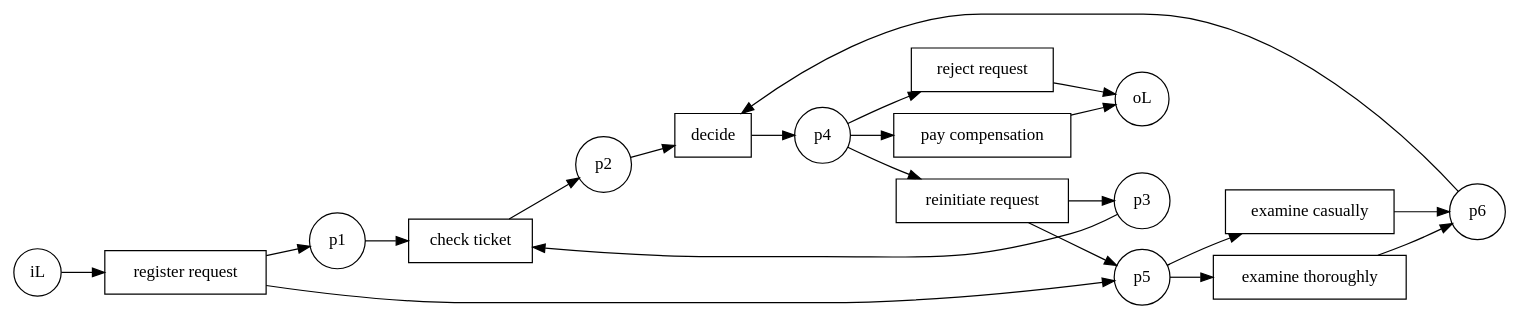
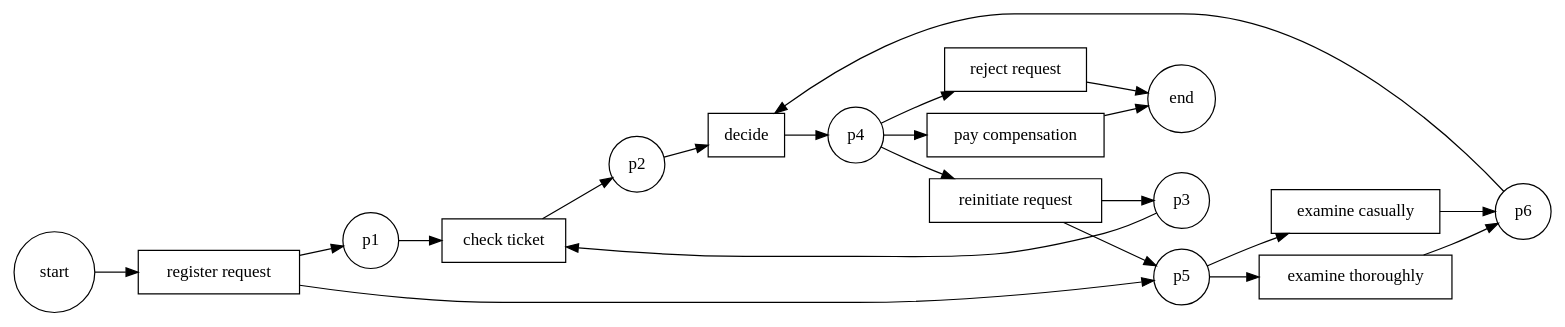
Before and after one commit to PhamCaoLam/Process_Mining_Internship: the diagram in graph-output/graph-output/running-example.gv, drawn with Graphviz. The commit also changed 34 other files, not shown here.

```diff
--- a/graph-output/graph-output/running-example.gv
+++ b/graph-output/graph-output/running-example.gv
@@ -1,63 +1,63 @@
 digraph {
 	graph [rankdir=LR]
 	"register request" [shape=rect]
 	p1 [shape=circle]
 	"register request" -> p1
 	p1 [shape=circle]
 	"check ticket" [shape=rect]
 	p1 -> "check ticket"
 	"check ticket" [shape=rect]
 	p2 [shape=circle]
 	"check ticket" -> p2
 	p2 [shape=circle]
 	decide [shape=rect]
 	p2 -> decide
 	"reinitiate request" [shape=rect]
 	p3 [shape=circle]
 	"reinitiate request" -> p3
 	p3 [shape=circle]
 	"check ticket" [shape=rect]
 	p3 -> "check ticket"
 	decide [shape=rect]
 	p4 [shape=circle]
 	decide -> p4
 	p4 [shape=circle]
 	"reinitiate request" [shape=rect]
 	p4 -> "reinitiate request"
 	p4 [shape=circle]
 	"pay compensation" [shape=rect]
 	p4 -> "pay compensation"
 	p4 [shape=circle]
 	"reject request" [shape=rect]
 	p4 -> "reject request"
 	"register request" [shape=rect]
 	p5 [shape=circle]
 	"register request" -> p5
 	"reinitiate request" [shape=rect]
 	p5 [shape=circle]
 	"reinitiate request" -> p5
 	p5 [shape=circle]
 	"examine casually" [shape=rect]
 	p5 -> "examine casually"
 	p5 [shape=circle]
 	"examine thoroughly" [shape=rect]
 	p5 -> "examine thoroughly"
 	"examine casually" [shape=rect]
 	p6 [shape=circle]
 	"examine casually" -> p6
 	"examine thoroughly" [shape=rect]
 	p6 [shape=circle]
 	"examine thoroughly" -> p6
 	p6 [shape=circle]
 	decide [shape=rect]
 	p6 -> decide
-	iL [shape=circle]
+	start [shape=circle]
 	"register request" [shape=rect]
-	iL -> "register request"
-	oL [shape=circle]
+	start -> "register request"
+	end [shape=circle]
 	"pay compensation" [shape=rect]
-	"pay compensation" -> oL
-	oL [shape=circle]
+	"pay compensation" -> end
+	end [shape=circle]
 	"reject request" [shape=rect]
-	"reject request" -> oL
+	"reject request" -> end
 }
```
